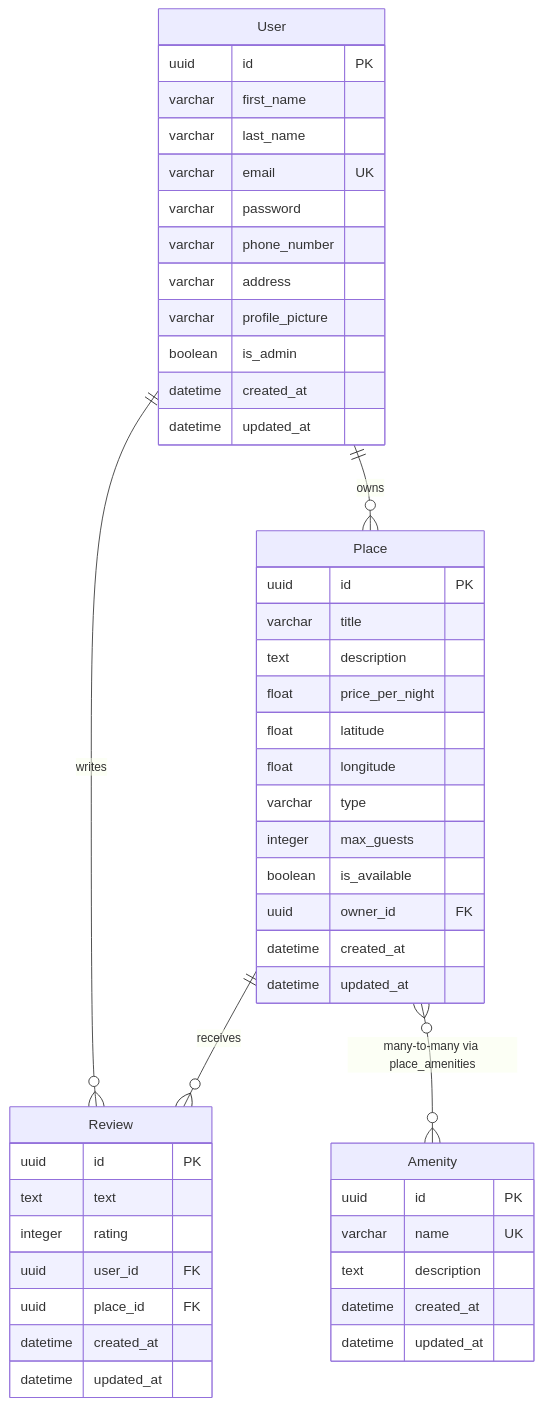
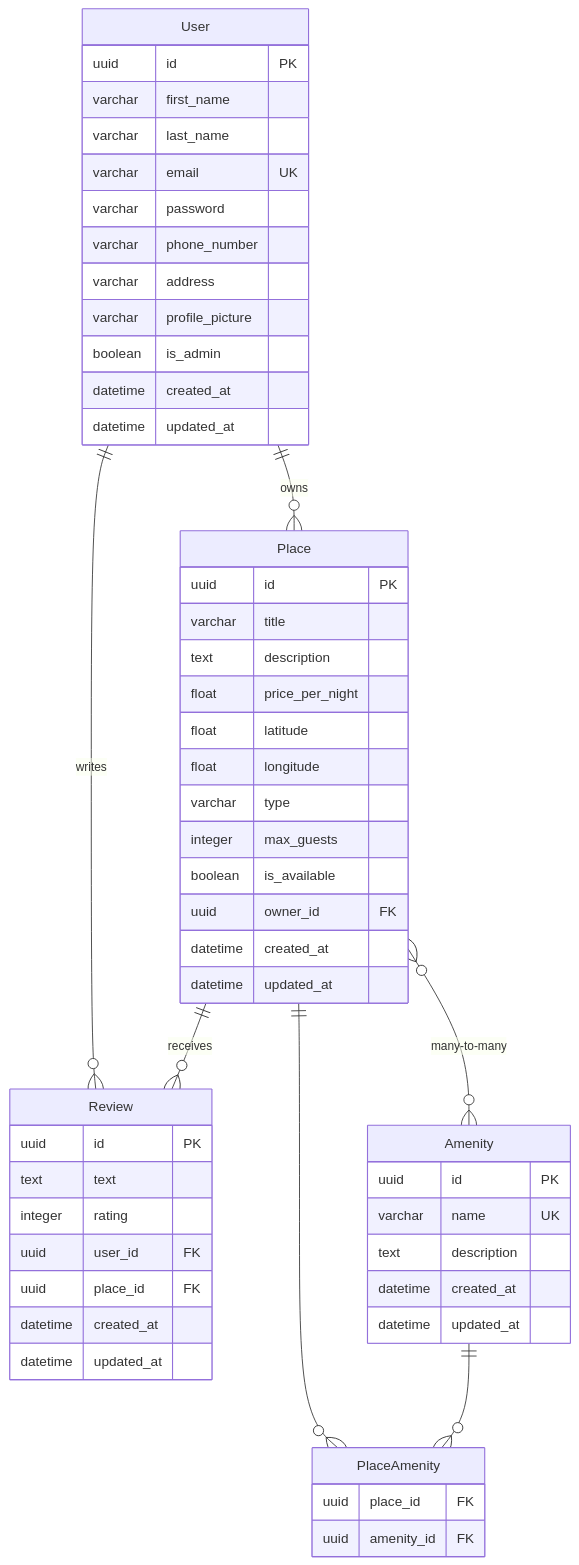
The diagram in part3/docs/er_diagram.mmd (ItsZmainDev/holbertonschool-hbnb), drawn with Mermaid before and after one commit.

Commit message:
Add place amenity on er diagram

```diff
--- a/part3/docs/er_diagram.mmd
+++ b/part3/docs/er_diagram.mmd
@@ -1,52 +1,59 @@
 erDiagram
     User {
         uuid id PK
         varchar first_name
         varchar last_name
         varchar email UK
         varchar password
         varchar phone_number
         varchar address
         varchar profile_picture
         boolean is_admin
         datetime created_at
         datetime updated_at
     }
     
     Place {
         uuid id PK
         varchar title
         text description
         float price_per_night
         float latitude
         float longitude
         varchar type
         integer max_guests
         boolean is_available
         uuid owner_id FK
         datetime created_at
         datetime updated_at
     }
     
     Review {
         uuid id PK
         text text
         integer rating
         uuid user_id FK
         uuid place_id FK
         datetime created_at
         datetime updated_at
     }
     
     Amenity {
         uuid id PK
         varchar name UK
         text description
         datetime created_at
         datetime updated_at
     }
+
+    PlaceAmenity {
+        uuid place_id FK
+        uuid amenity_id FK
+    }
     
     User ||--o{ Place : owns
     User ||--o{ Review : writes
     Place ||--o{ Review : receives
-    Place }o--o{ Amenity : "many-to-many via place_amenities"
+    Place }o--o{ Amenity : "many-to-many"
+    Place ||--o{ PlaceAmenity : ""
+    Amenity ||--o{ PlaceAmenity : ""
```
